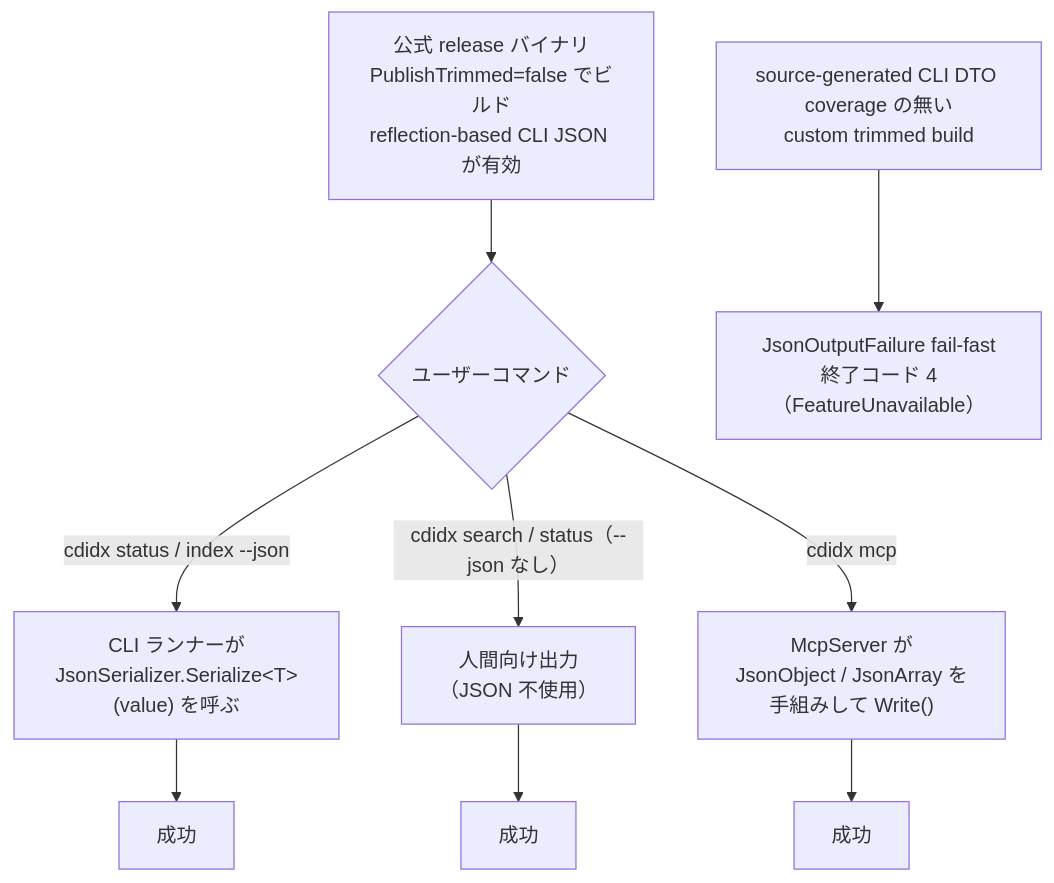
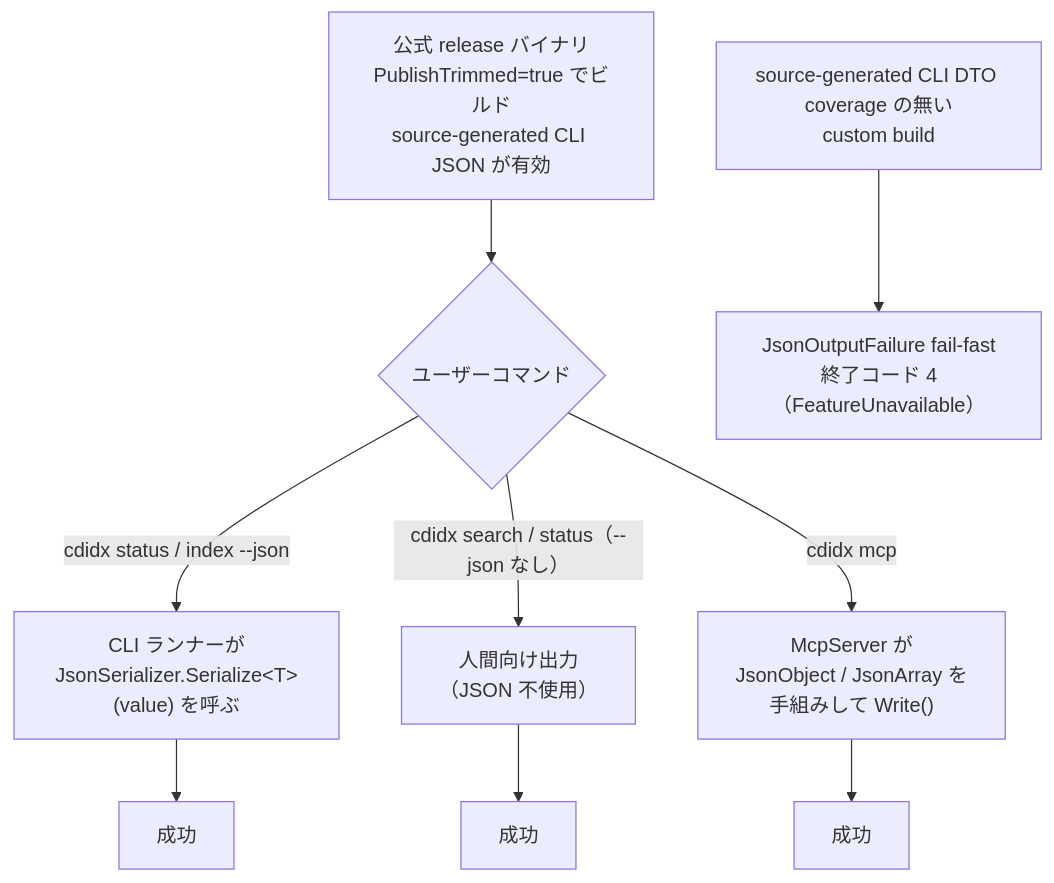
Before and after one commit to braincominity/CodeIndex: diagram 12 of 12 in DEVELOPER_GUIDE.md, drawn with Mermaid. The commit also changed other lines of this file and 11 other files, not shown here.

Commit message:
Cover CLI JSON serializers for trimmed release

````diff
--- a/DEVELOPER_GUIDE.md
+++ b/DEVELOPER_GUIDE.md
@@ -2138,12 +2138,12 @@
 ```mermaid
 flowchart TD
-    B["公式 release バイナリ<br/>PublishTrimmed=false でビルド<br/>reflection-based CLI JSON が有効"]
+    B["公式 release バイナリ<br/>PublishTrimmed=true でビルド<br/>source-generated CLI JSON が有効"]
     B --> R{ユーザーコマンド}
     R -->|cdidx status / index --json| A["CLI ランナーが<br/>JsonSerializer.Serialize&lt;T&gt;(value) を呼ぶ"]
     R -->|cdidx search / status（--json なし）| H["人間向け出力<br/>（JSON 不使用）"]
     R -->|cdidx mcp| M["McpServer が<br/>JsonObject / JsonArray を<br/>手組みして Write()"]
     A --> AX["成功"]
     H --> HX["成功"]
     M --> MX["成功"]
-    T["source-generated CLI DTO coverage の無い<br/>custom trimmed build"] --> TX["JsonOutputFailure fail-fast<br/>終了コード 4（FeatureUnavailable）"]
+    T["source-generated CLI DTO coverage の無い<br/>custom build"] --> TX["JsonOutputFailure fail-fast<br/>終了コード 4（FeatureUnavailable）"]
 ```
````
